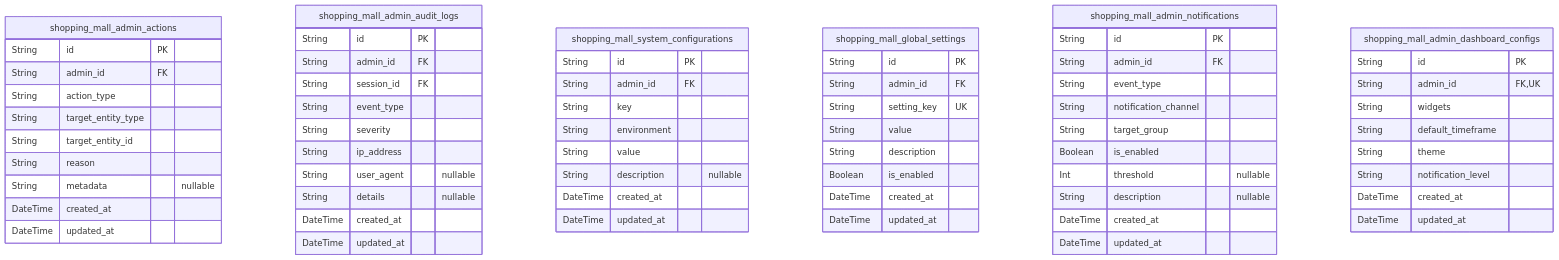
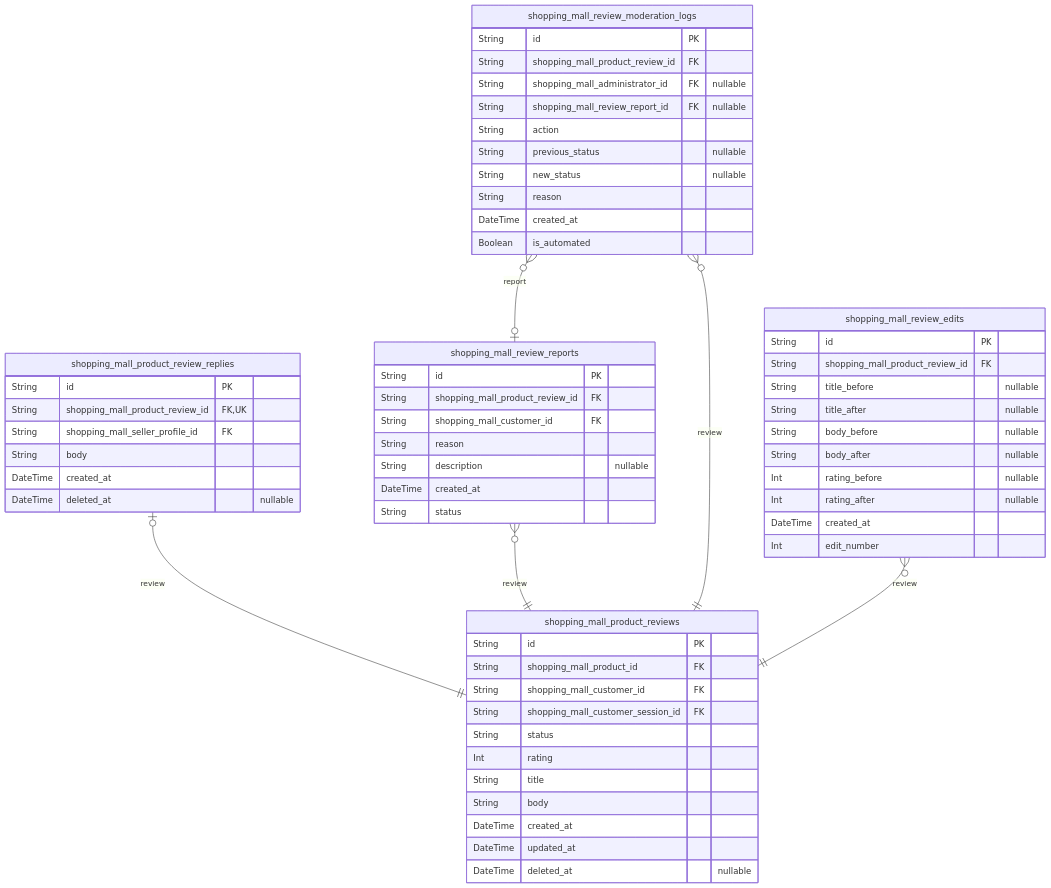
Before and after one commit to wrtnlabs/autobe-examples: the eighth of 11 diagrams in qwen/qwen3-next-80b-a3b-instruct/shopping/docs/ERD.md, drawn with Mermaid. The commit also changed other lines of this file and 366 other files, not shown here.

````diff
--- a/qwen/qwen3-next-80b-a3b-instruct/shopping/docs/ERD.md
+++ b/qwen/qwen3-next-80b-a3b-instruct/shopping/docs/ERD.md
@@ -3013,68 +1923,62 @@
 ```mermaid
 erDiagram
-"shopping_mall_admin_actions" {
+"shopping_mall_product_reviews" {
   String id PK
-  String admin_id FK
-  String action_type
-  String target_entity_type
-  String target_entity_id
-  String reason
-  String metadata "nullable"
+  String shopping_mall_product_id FK
+  String shopping_mall_customer_id FK
+  String shopping_mall_customer_session_id FK
+  String status
+  Int rating
+  String title
+  String body
   DateTime created_at
   DateTime updated_at
+  DateTime deleted_at "nullable"
 }
-"shopping_mall_admin_audit_logs" {
+"shopping_mall_product_review_replies" {
   String id PK
-  String admin_id FK
-  String session_id FK
-  String event_type
-  String severity
-  String ip_address
-  String user_agent "nullable"
-  String details "nullable"
+  String shopping_mall_product_review_id FK,UK
+  String shopping_mall_seller_profile_id FK
+  String body
   DateTime created_at
-  DateTime updated_at
+  DateTime deleted_at "nullable"
 }
-"shopping_mall_system_configurations" {
+"shopping_mall_review_reports" {
   String id PK
-  String admin_id FK
-  String key
-  String environment
-  String value
+  String shopping_mall_product_review_id FK
+  String shopping_mall_customer_id FK
+  String reason
   String description "nullable"
   DateTime created_at
-  DateTime updated_at
+  String status
 }
-"shopping_mall_global_settings" {
+"shopping_mall_review_moderation_logs" {
   String id PK
-  String admin_id FK
-  String setting_key UK
-  String value
-  String description
-  Boolean is_enabled
+  String shopping_mall_product_review_id FK
+  String shopping_mall_administrator_id FK "nullable"
+  String shopping_mall_review_report_id FK "nullable"
+  String action
+  String previous_status "nullable"
+  String new_status "nullable"
+  String reason
   DateTime created_at
-  DateTime updated_at
+  Boolean is_automated
 }
-"shopping_mall_admin_notifications" {
+"shopping_mall_review_edits" {
   String id PK
-  String admin_id FK
-  String event_type
-  String notification_channel
-  String target_group
-  Boolean is_enabled
-  Int threshold "nullable"
-  String description "nullable"
+  String shopping_mall_product_review_id FK
+  String title_before "nullable"
+  String title_after "nullable"
+  String body_before "nullable"
+  String body_after "nullable"
+  Int rating_before "nullable"
+  Int rating_after "nullable"
   DateTime created_at
-  DateTime updated_at
+  Int edit_number
 }
-"shopping_mall_admin_dashboard_configs" {
-  String id PK
-  String admin_id FK,UK
-  String widgets
-  String default_timeframe
-  String theme
-  String notification_level
-  DateTime created_at
-  DateTime updated_at
-}
+"shopping_mall_product_review_replies" |o--|| "shopping_mall_product_reviews" : review
+"shopping_mall_review_reports" }o--|| "shopping_mall_product_reviews" : review
+"shopping_mall_review_moderation_logs" }o--|| "shopping_mall_product_reviews" : review
+"shopping_mall_review_moderation_logs" }o--o| "shopping_mall_review_reports" : report
+"shopping_mall_review_edits" }o--|| "shopping_mall_product_reviews" : review
 ```
````
